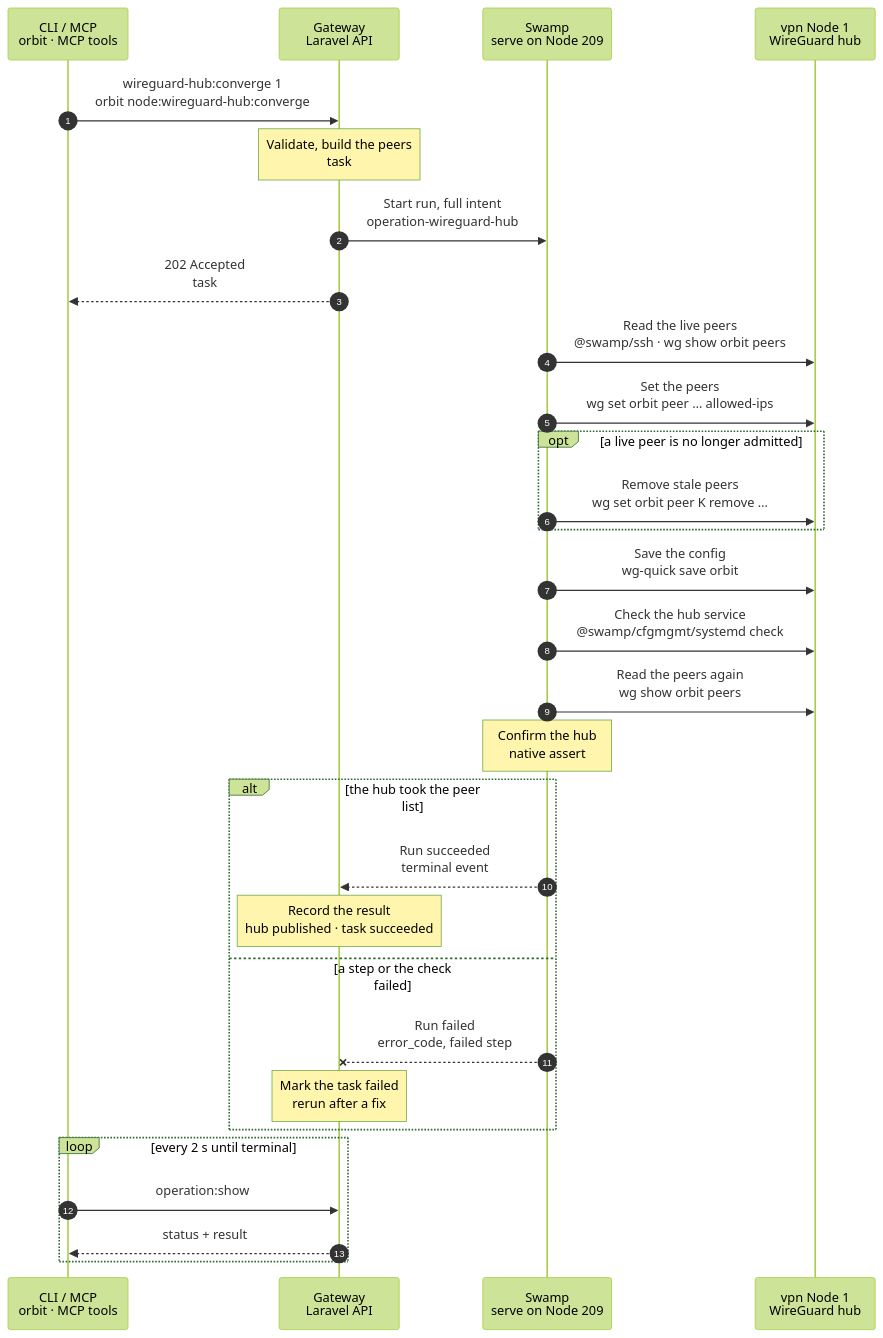
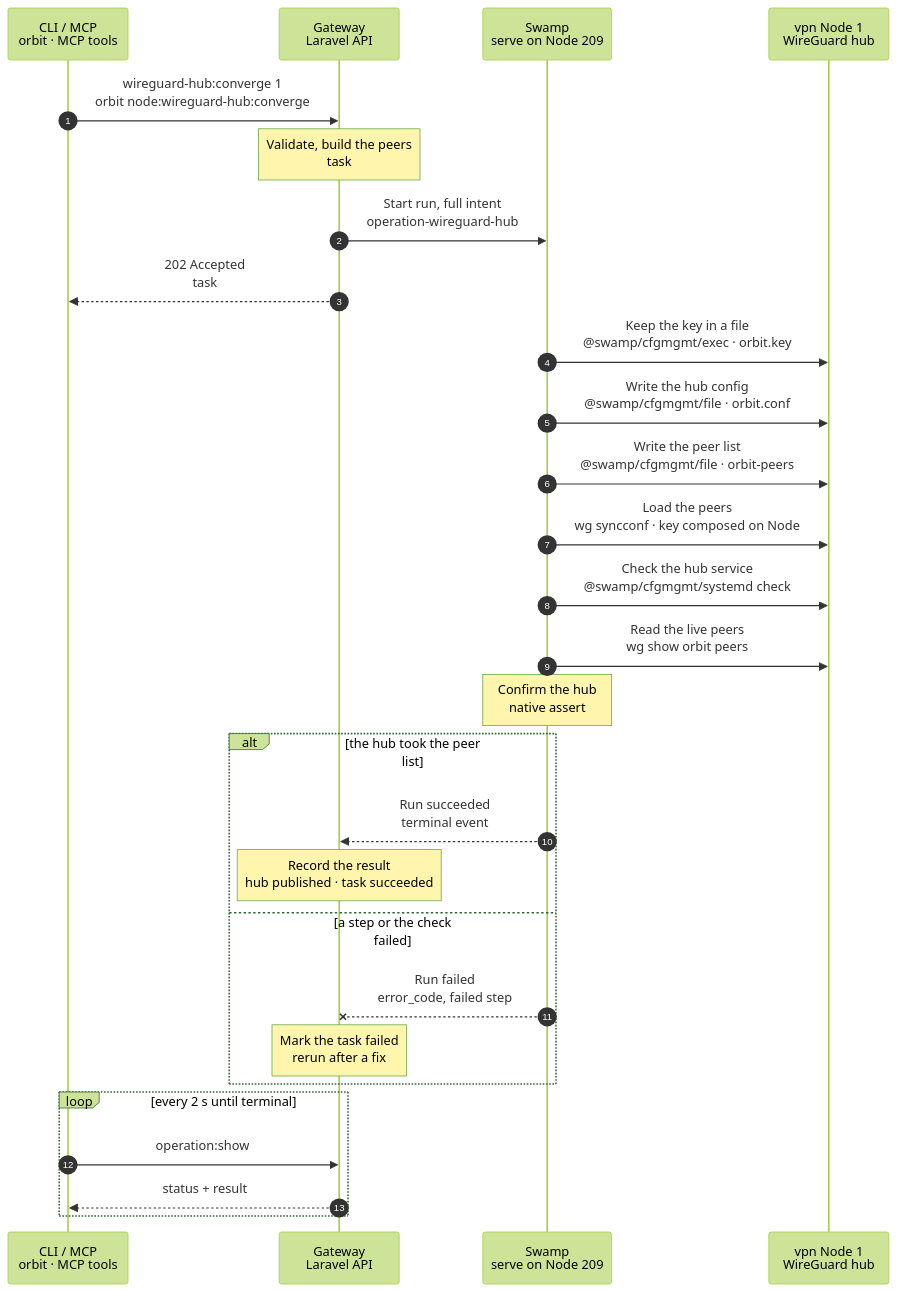
Before and after one commit to hardimpactdev/orbit: the diagram in docs/flows/node.wireguard_hub_converge.mmd, drawn with Mermaid (forest theme). The commit also changed 8 other files, not shown here.

First line of the commit message:
feat(nodes): hub converge writes the rendered hub files with cfgmgmt and loads them with wg syncconf; the hub key never leaves the Node (Q-WGHUB)

```diff
--- a/docs/flows/node.wireguard_hub_converge.mmd
+++ b/docs/flows/node.wireguard_hub_converge.mmd
@@ -1,98 +1,99 @@
 sequenceDiagram
-  %% Target design: ADR 0244 task, DECISIONS R2-R4, flow-tighten rules 1, 9, 16, 18, 22, single-swamp-node + light-boxes-use-swamp-ssh (vpn Node 1 has no Swamp worker). docs/reference/wireguard-endpoints.md.
+  %% Target design: ADR 0244 task, DECISIONS R2-R4, flow-tighten rules 1, 9, 16, 18, 22, script audit Q-WGHUB, single-swamp-node + light-boxes-use-swamp-ssh (vpn Node 1 has no Swamp worker). docs/reference/wireguard-endpoints.md.
   %% status: draft
   %% command: node:wireguard-hub:converge
   autonumber
   %% lane CLI icon=terminal pill=caller tone=gray
   %% lane GW icon=gateway pill=intent tone=blue
   %% lane SW icon=workflow pill=executes tone=green
   %% lane N icon=server pill=target tone=amber
   participant CLI as CLI / MCP<br/>orbit · MCP tools
   participant GW as Gateway<br/>Laravel API
   participant SW as Swamp<br/>serve on Node 209
   participant N as vpn Node 1<br/>WireGuard hub
   CLI->>GW: wireguard-hub:converge 1<br/>orbit node:wireguard-hub:converge
   %%> Command:
   %%> - `orbit node:wireguard-hub:converge 1`
   %%> - syntax: `<node> [--idempotency-key=KEY] [--json]`
   %%> Input:
   %%> - the Node with the `vpn` role, by ID or name
   %%> What it does:
   %%> - publishes the current peer list on the WireGuard hub; it changes no peer key or address
   %%> Also used by:
   %%> - `node:network:converge`, `node:wireguard-key` and Node removal run the same hub steps in their own run
   Note over GW: Validate, build the peers<br/>task #5171 · hub lock
   %%> Requirements:
   %%> - your Node has an access grant to Node 1
   %%> - Node 1 holds the active `vpn` role and has stored SSH host keys
   %%> - no other hub change runs; the Gateway holds one lock for the hub and waits briefly for a busy one
   %%> Builds:
   %%> - the complete peer list: public key and allowed address of every active Node
   %%> Result:
   %%> - task #5171 recorded with the full intent; no private key in it
   GW->>SW: Start run, full intent<br/>operation-wireguard-hub
   %%> What it does:
   %%> - starts one Swamp run on serve (Node 209)
   %%> Inputs:
-  %%> - the peer list: name, public key and WireGuard address of every other active Node
+  %%> - the rendered hub file and peer sections, and the port: public key and WireGuard address of every other active Node
   %%> - Node 1's address and SSH host keys; the SSH identity comes from the `swamp` role
   %%> Not included:
   %%> - the hub's private key; it stays on Node 1
   GW-->>CLI: 202 Accepted<br/>task #5171
   %%> What you get:
   %%> - the task number, at once
   %%> Next:
   %%> - the CLI follows the task with `operation:show`
-  SW->>N: Read the live peers<br/>@swamp/ssh · wg show orbit peers
-  %%> How:
-  %%> - over SSH from 209 with the official `@swamp/ssh` behavior, as root; Node 1 has no Swamp worker
-  %%> Why a read first:
-  %%> - it picks the stale peers to remove; one `wg` argument list cannot both list and remove
-  SW->>N: Set the peers<br/>wg set orbit peer … allowed-ips
+  SW->>N: Keep the key in a file<br/>@swamp/cfgmgmt/exec · orbit.key
   %%> What it does:
-  %%> - one `wg set` command adds or updates every admitted peer in the running hub
-  %%> - the hub's own key and interface stay; unchanged peers keep their sessions
-  opt a live peer is no longer admitted
-    SW->>N: Remove stale peers<br/>wg set orbit peer K remove …
-    %%> What it does:
-    %%> - one `wg set` command removes every live peer that is no longer admitted
-  end
-  SW->>N: Save the config<br/>wg-quick save orbit
+  %%> - once per hub, moves the running private key into `/etc/wireguard/orbit.key` (0600)
+  %%> - skipped when the key file exists; the key never leaves the Node
+  SW->>N: Write the hub config<br/>@swamp/cfgmgmt/file · orbit.conf
   %%> What it does:
-  %%> - writes the running hub, with its own key, back to `/etc/wireguard/orbit.conf`, so a reboot keeps it
+  %%> - writes the Gateway-rendered wg-quick file (0600, root); its `PostUp` reads the key file, so the file holds no secret
+  SW->>N: Write the peer list<br/>@swamp/cfgmgmt/file · orbit-peers
+  %%> What it does:
+  %%> - writes only the `[Peer]` sections, in the plain `wg` format; runs beside the hub config
+  SW->>N: Load the peers<br/>wg syncconf · key composed on Node
+  %%> What it does:
+  %%> - one command composes the `syncconf` input on the Node at apply time: `PrivateKey` from `orbit.key`, the port, then the peers file
+  %%> - new peers are added and stale ones removed; unchanged peers keep their sessions, and the interface keeps its key
+  %%> Why the key is composed in:
+  %%> - `wg syncconf` drops the interface key when its input has none (proved on the topology, 2026-11-02)
+  %%> Decided by Nick:
+  %%> - the hub private key never leaves the Node: no secret enters the Gateway, the vault or the run history
   SW->>N: Check the hub service<br/>@swamp/cfgmgmt/systemd check
   %%> What it does:
   %%> - checks `wg-quick@orbit` is running and enabled
-  SW->>N: Read the peers again<br/>wg show orbit peers
+  SW->>N: Read the live peers<br/>wg show orbit peers
   %%> What it does:
   %%> - reads the live peer list for the end check
   Note over SW: Confirm the hub<br/>native assert
   %%> What it does:
   %%> - fails the run unless the service check is compliant and the live peers are exactly the admitted ones
   %%> No rollback:
-  %%> - a failed step leaves the hub as it is; a rerun sets the same list again
+  %%> - a failed step leaves the hub as it is; a rerun writes and loads the same files again
   alt the hub took the peer list
     SW-->>GW: Run succeeded<br/>terminal event
     %%> How the Gateway learns it:
     %%> - its shared run reader sees the terminal event; Swamp never calls the Gateway
     Note over GW: Record the result<br/>hub published · task succeeded
     %%> Result:
     %%> - task #5171 succeeds with `projected: true`
   else a step or the check failed
     SW--xGW: Run failed<br/>error_code, failed step
     %%> The Gateway reads:
     %%> - which step failed and its exit code
     Note over GW: Mark the task failed<br/>rerun after a fix
     %%> Result:
     %%> - task #5171 fails; peers set before the failure stay
     %%> Retry:
     %%> - run the same command again after fixing the cause; it is a new task
   end
   loop every 2 s until terminal
     CLI->>GW: operation:show #5171
     %%> What it does:
     %%> - asks for the task's status every 2 seconds until it has ended
     GW-->>CLI: status + result
     %%> Returns:
     %%> - the current status, and the result once the task has ended
   end
```
